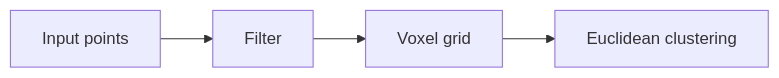
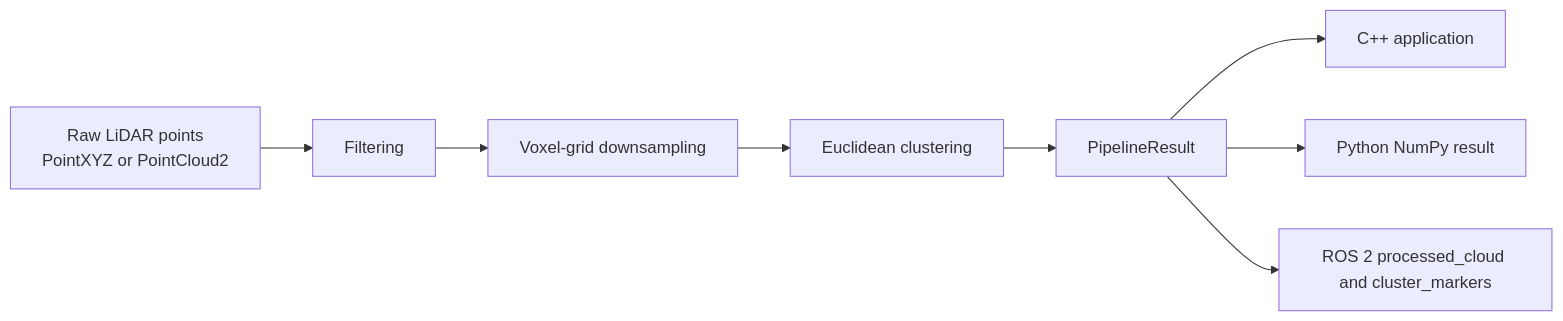
One commit to agali9/parallax-point-cloud changed the first of 4 diagrams in docs/architecture.md. Above: the diagram before and after it, drawn with Mermaid. The commit also changed other lines of this file and 3 other files, not shown here.

````diff
--- a/docs/architecture.md
+++ b/docs/architecture.md
@@ -6,6 +9,10 @@
 ```mermaid
 flowchart LR
-    A[Input points] --> B[Filter]
-    B --> C[Voxel grid]
-    C --> D[Euclidean clustering]
+    A["Raw LiDAR points<br/>PointXYZ or PointCloud2"] --> B["Filtering"]
+    B --> C["Voxel-grid downsampling"]
+    C --> D["Euclidean clustering"]
+    D --> E["PipelineResult"]
+    E --> F["C++ application"]
+    E --> G["Python NumPy result"]
+    E --> H["ROS 2 processed_cloud and cluster_markers"]
 ```
````
